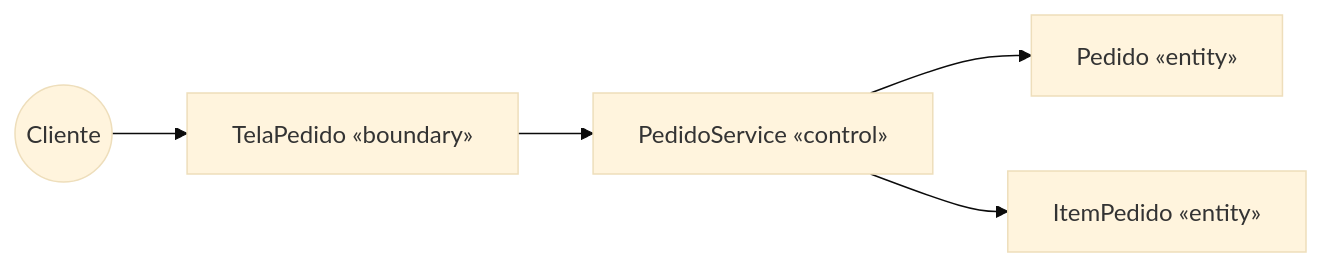
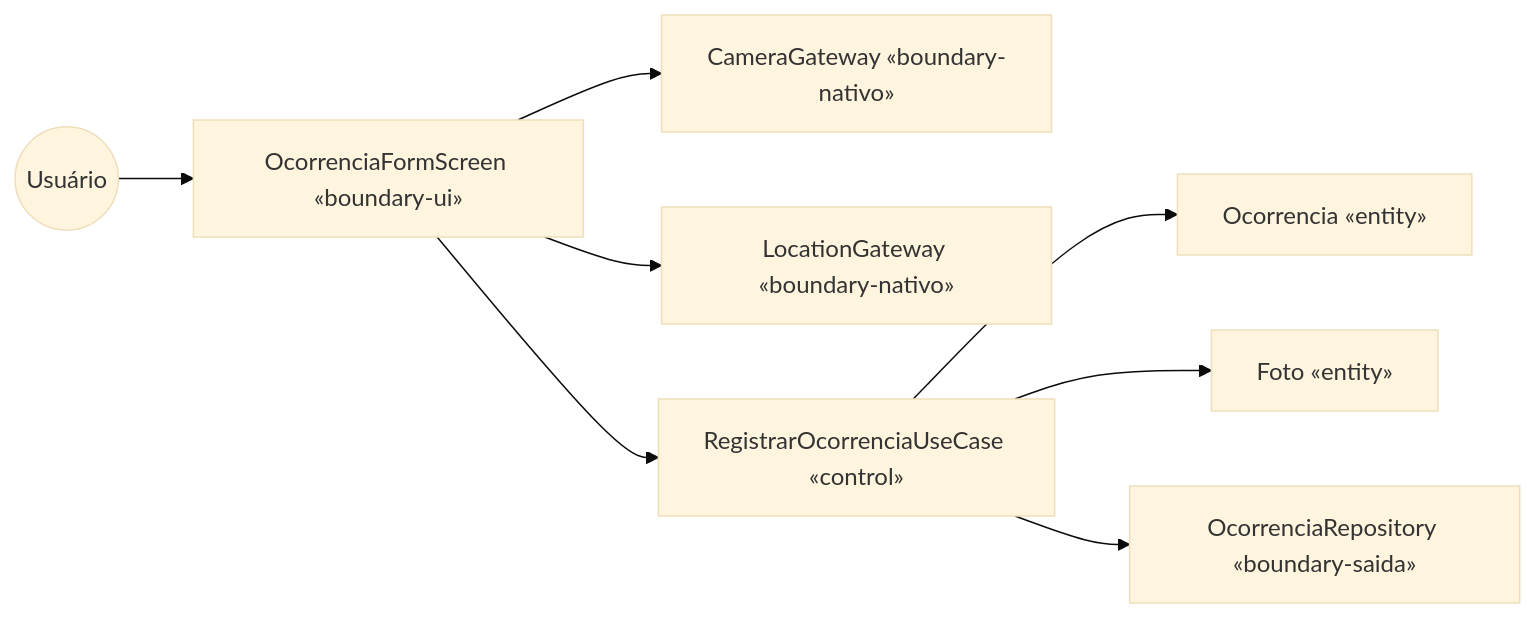
Before and after one commit to JpCobraC/SindiFlow: the seventh of 10 diagrams in agent_tools/SKILL.md, drawn with Mermaid (base theme). The commit also changed other lines of this file and 1 other file, not shown here.

````diff
--- a/agent_tools/SKILL.md
+++ b/agent_tools/SKILL.md
@@ -248,13 +319,19 @@
 ```mermaid
 flowchart LR
-    Ator((Cliente))
-    B[TelaPedido «boundary»]
-    C[PedidoService «control»]
-    E1[Pedido «entity»]
-    E2[ItemPedido «entity»]
+    Ator((Usuário))
+    B[OcorrenciaFormScreen «boundary-ui»]
+    Cam[CameraGateway «boundary-nativo»]
+    Loc[LocationGateway «boundary-nativo»]
+    C[RegistrarOcorrenciaUseCase «control»]
+    E1[Ocorrencia «entity»]
+    E2[Foto «entity»]
+    R[OcorrenciaRepository «boundary-saida»]
 
     Ator --> B
+    B --> Cam
+    B --> Loc
     B --> C
     C --> E1
     C --> E2
+    C --> R
 ```
````
